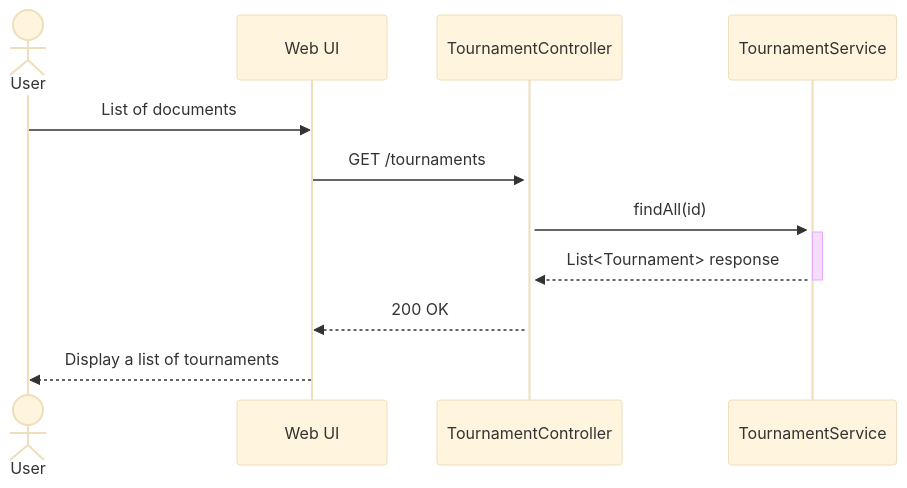
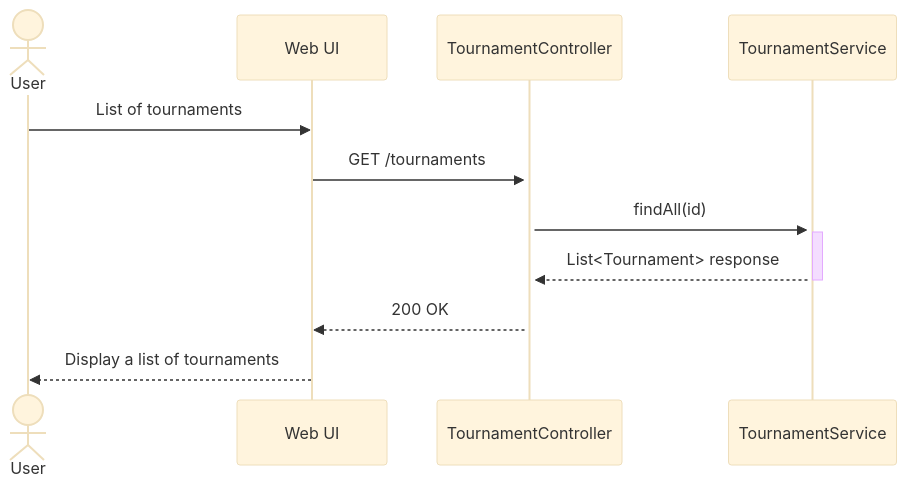
Before and after one commit to kahhong/checkmate-central: the second of 6 diagrams in Sequence Diagrams/Tournaments.md, drawn with Mermaid (base theme). The commit also changed 14 other files, not shown here.

````diff
--- a/Sequence Diagrams/Tournaments.md
+++ b/Sequence Diagrams/Tournaments.md
@@ -16,11 +16,11 @@
 ```mermaid
 sequenceDiagram
     actor User
-    User->>Web UI: List of documents
+    User->>Web UI: List of tournaments
     Web UI->>+TournamentController: GET /tournaments
     activate TournamentService
     TournamentController->>+TournamentService: findAll(id)
     TournamentService-->>-TournamentController: List<Tournament> response
     TournamentController-->>Web UI: 200 OK
     Web UI-->>User: Display a list of tournaments
 ```
````
